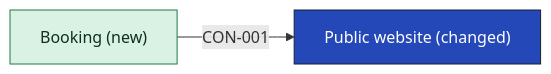
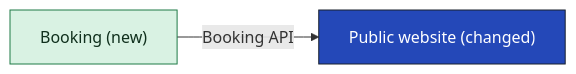
The first of 2 diagrams in examples/unified-booking/05-building-blocks/website-building-blocks.md (smalls257/vela), drawn with Mermaid before and after one commit. The commit also changed other lines of this file and 56 other files, not shown here.

````diff
--- a/examples/unified-booking/05-building-blocks/website-building-blocks.md
+++ b/examples/unified-booking/05-building-blocks/website-building-blocks.md
@@ -31,10 +31,10 @@
 ```mermaid
 flowchart LR
   n_APP_booking["Booking (new)"]
   n_APP_website["Public website (changed)"]
-  n_APP_booking -->|"CON-001"| n_APP_website
+  n_APP_booking -->|"Booking API"| n_APP_website
   classDef focus fill:#2448b8,stroke:#19212d,color:#ffffff
   classDef new fill:#d9f2e3,stroke:#1e7a46,color:#10301d
   class n_APP_website focus
   class n_APP_booking new
 ```
````
